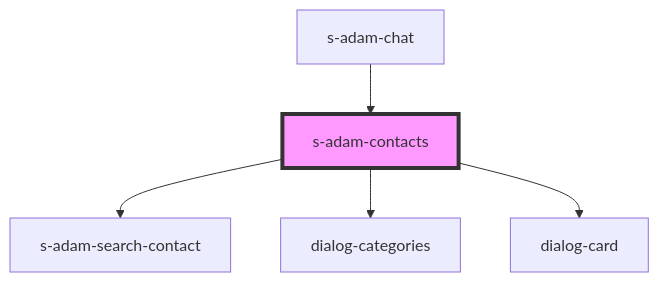
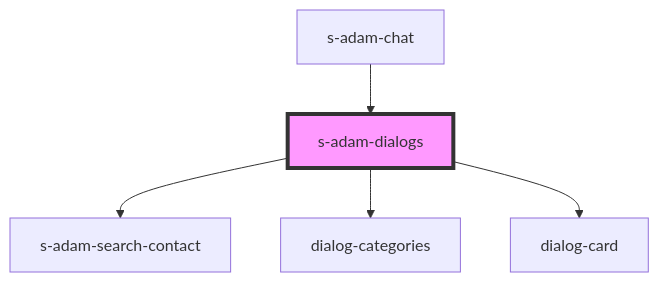
The diagram in src/components/comp/s-adam-dialogs/readme.md (saqhan/stencil-chat), drawn with Mermaid before and after one commit. The commit also changed other lines of this file and 23 other files, not shown here.

````diff
--- a/src/components/comp/s-adam-dialogs/readme.md
+++ b/src/components/comp/s-adam-dialogs/readme.md
@@ -38,8 +38,8 @@
 ```mermaid
 graph TD;
-  s-adam-contacts --> s-adam-search-contact
-  s-adam-contacts --> dialog-categories
-  s-adam-contacts --> dialog-card
-  s-adam-chat --> s-adam-contacts
-  style s-adam-contacts fill:#f9f,stroke:#333,stroke-width:4px
+  s-adam-dialogs --> s-adam-search-contact
+  s-adam-dialogs --> dialog-categories
+  s-adam-dialogs --> dialog-card
+  s-adam-chat --> s-adam-dialogs
+  style s-adam-dialogs fill:#f9f,stroke:#333,stroke-width:4px
 ```
````
